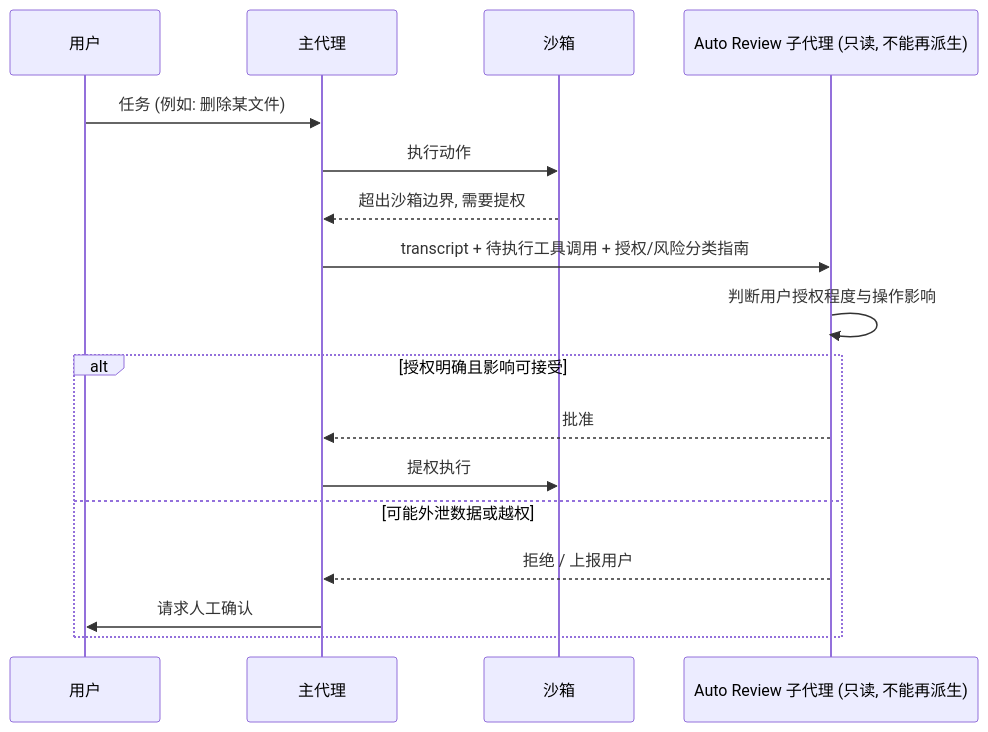
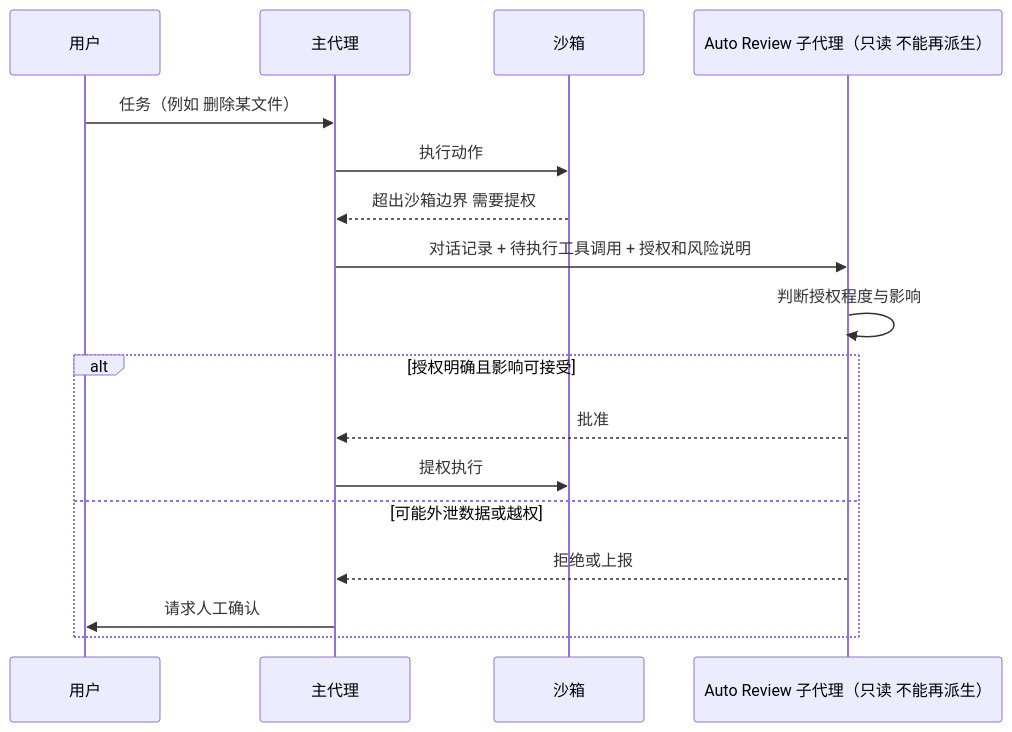
The second of 2 diagrams in docs/09-how-codex-works.md (yzw7489757/ai-coding-videos), drawn with Mermaid before and after one commit. The commit also changed other lines of this file and 9 other files, not shown here.

````diff
--- a/docs/09-how-codex-works.md
+++ b/docs/09-how-codex-works.md
@@ -91,19 +139,19 @@
 ```mermaid
 sequenceDiagram
     participant U as 用户
     participant A as 主代理
     participant S as 沙箱
-    participant R as Auto Review 子代理 (只读, 不能再派生)
-    U->>A: 任务 (例如: 删除某文件)
+    participant R as Auto Review 子代理（只读 不能再派生）
+    U->>A: 任务（例如 删除某文件）
     A->>S: 执行动作
-    S-->>A: 超出沙箱边界, 需要提权
-    A->>R: transcript + 待执行工具调用 + 授权/风险分类指南
-    R->>R: 判断用户授权程度与操作影响
+    S-->>A: 超出沙箱边界 需要提权
+    A->>R: 对话记录 + 待执行工具调用 + 授权和风险说明
+    R->>R: 判断授权程度与影响
     alt 授权明确且影响可接受
         R-->>A: 批准
         A->>S: 提权执行
     else 可能外泄数据或越权
-        R-->>A: 拒绝 / 上报用户
+        R-->>A: 拒绝或上报
         A->>U: 请求人工确认
     end
 ```
````
